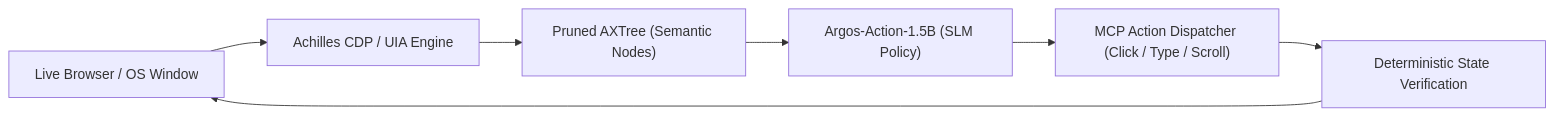
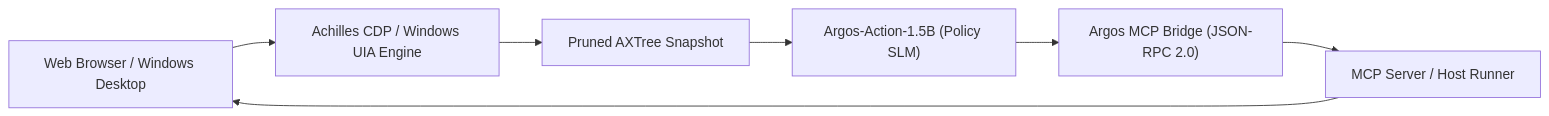
One commit to PedroReoli/argos-action changed the diagram in README.md. Above: the diagram before and after it, drawn with Mermaid. The commit also changed other lines of this file and 15 other files, not shown here.

Commit message:
fix(audit): sanitize claims, add Apache-2.0 license, MCP wire bridge, evaluation harness and trainer state

````diff
--- a/README.md
+++ b/README.md
@@ -26,9 +52,9 @@
 ```mermaid
 flowchart LR
-    Browser["Live Browser / OS Window"] --> Parser["Achilles CDP / UIA Engine"]
-    Parser --> AXTree["Pruned AXTree (Semantic Nodes)"]
-    AXTree --> Argos["Argos-Action-1.5B (SLM Policy)"]
-    Argos --> MCP["MCP Action Dispatcher (Click / Type / Scroll)"]
-    MCP --> Verification["Deterministic State Verification"]
-    Verification --> Browser
+    Screen["Web Browser / Windows Desktop"] --> Parser["Achilles CDP / Windows UIA Engine"]
+    Parser --> AXTree["Pruned AXTree Snapshot"]
+    AXTree --> Argos["Argos-Action-1.5B (Policy SLM)"]
+    Argos --> Bridge["Argos MCP Bridge (JSON-RPC 2.0)"]
+    Bridge --> Dispatcher["MCP Server / Host Runner"]
+    Dispatcher --> Screen
 ```
````
